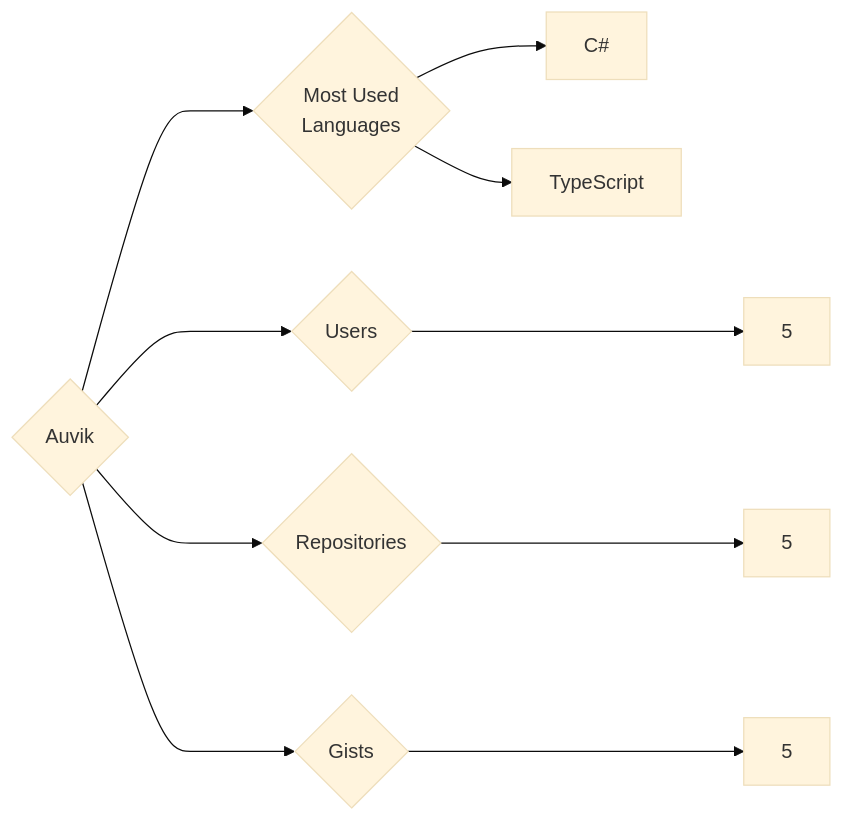
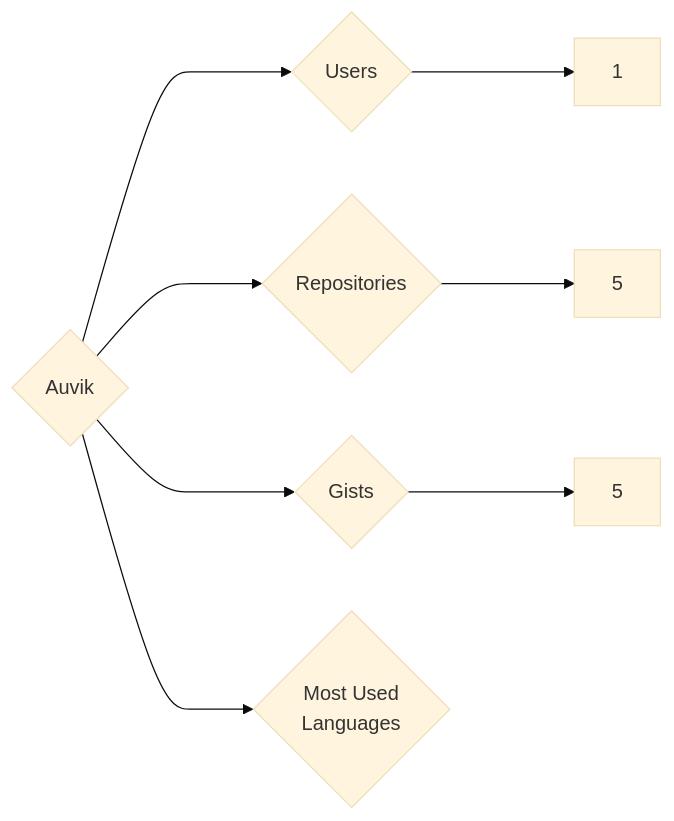
Before and after one commit to trickest/insiders: the diagram in targets/Auvik/README.md, drawn with Mermaid (base theme). The commit also changed 1148 other files, not shown here.

````diff
--- a/targets/Auvik/README.md
+++ b/targets/Auvik/README.md
@@ -3,10 +3,8 @@
 ```mermaid
 graph LR
 COMPANY_NAME{Auvik}
-COMPANY_NAME ---> U{Users} ---> UN[5]
+COMPANY_NAME ---> U{Users} ---> UN[1]
 COMPANY_NAME ---> R{Repositories} ---> RN[5]
 COMPANY_NAME ---> G{Gists} ---> GN[5]
 COMPANY_NAME ---> ML{Most Used<br>Languages}
-ML --> C#[C#]
-ML --> TypeScript[TypeScript]
 ```
````
